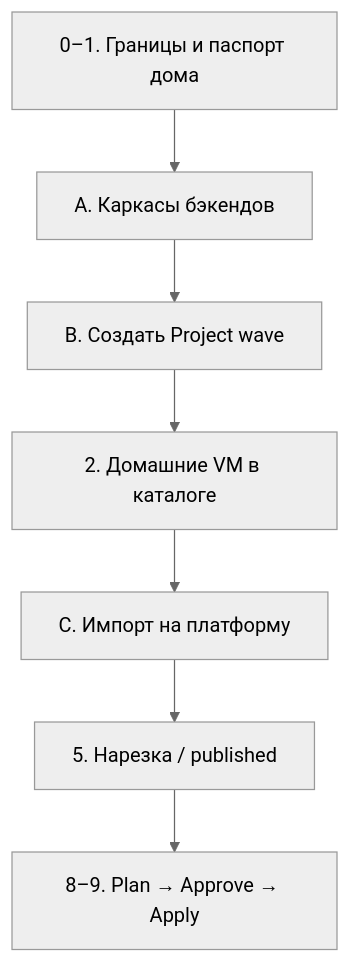
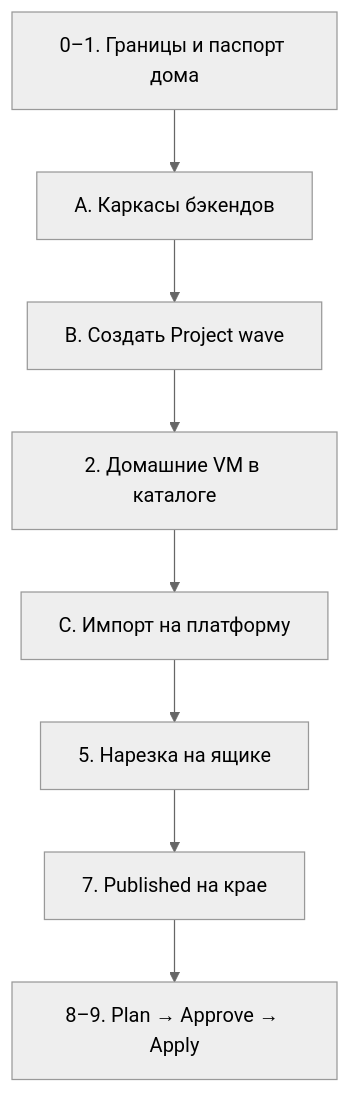
Before and after one commit to vinogradovia/ansible-devops-uslugi: the first of 2 diagrams in docs/adr/02-control-plane/network/0028.1-wave-home-import-plan.md, drawn with Mermaid (neutral theme). The commit also changed 4 other files, not shown here.

First line of the commit message:
docs(adr): развести InternalResource/FundNode, бейдж «операционный план», уточнить диаграмму 0028.1

````diff
--- a/docs/adr/02-control-plane/network/0028.1-wave-home-import-plan.md
+++ b/docs/adr/02-control-plane/network/0028.1-wave-home-import-plan.md
@@ -31,16 +31,18 @@
 ```mermaid
 flowchart TB
   Prep[0–1. Границы и паспорт дома]
   A[A. Каркасы бэкендов]
   B[B. Создать Project wave]
   C[C. Импорт на платформу]
-  Net[5. Нарезка / published]
+  Net5[5. Нарезка на ящике]
+  Net7[7. Published на крае]
   Later[8–9. Plan → Approve → Apply]
 
   Prep --> A
   A --> B
   B --> Mark[2. Домашние VM в каталоге]
   Mark --> C
-  C --> Net
-  Net --> Later
+  C --> Net5
+  Net5 --> Net7
+  Net7 --> Later
 ```
````
